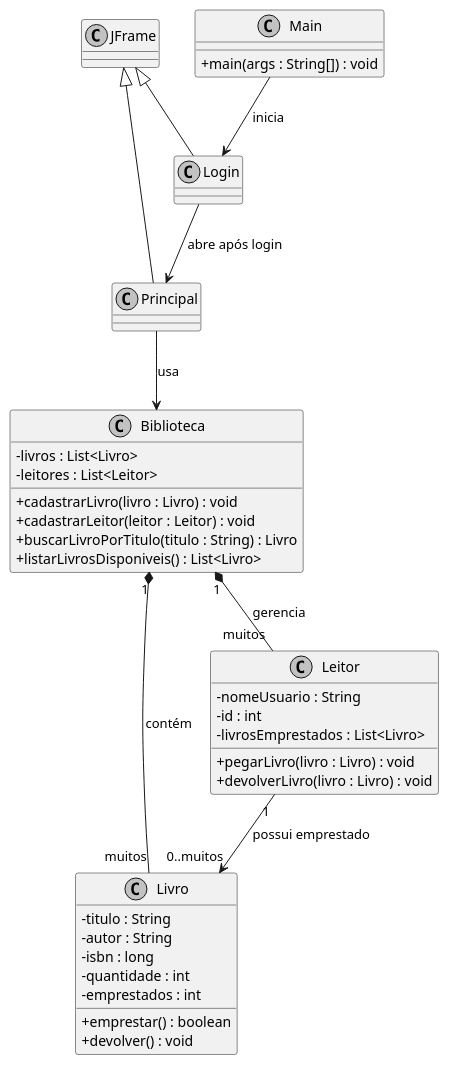
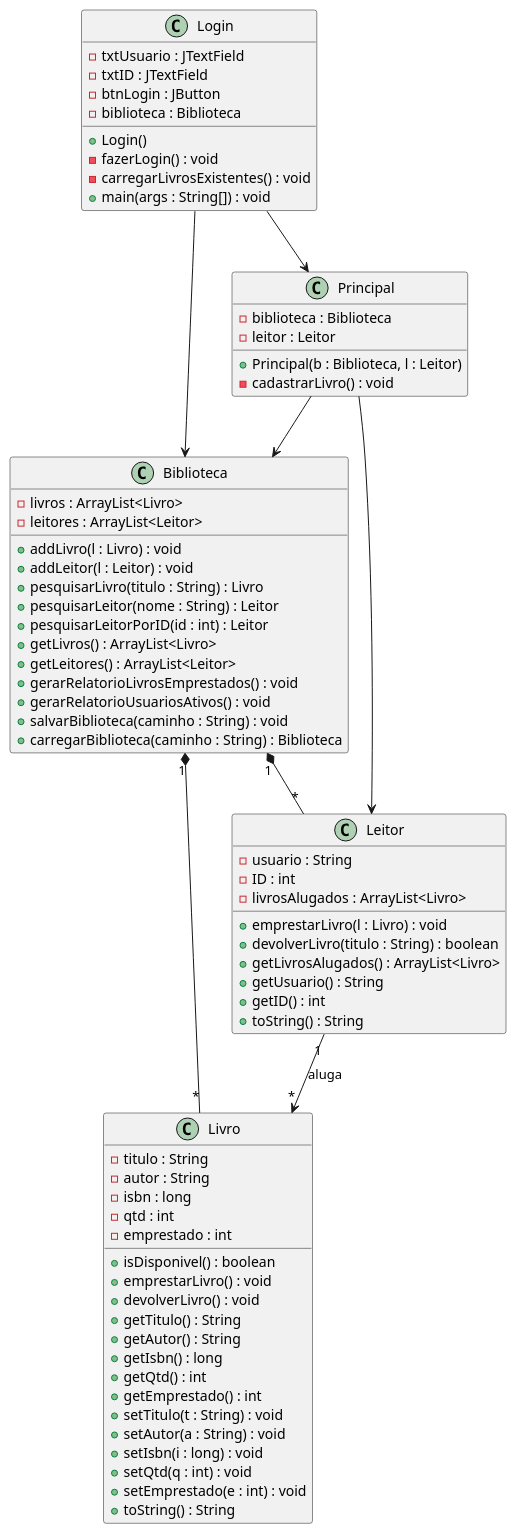
The diagram in src/Diagrama.puml (vugnares-sreo/Biblioteca-digital), drawn with PlantUML before and after one commit.

```diff
--- a/src/Diagrama.puml
+++ b/src/Diagrama.puml
@@ -1,54 +1,89 @@
 @startuml
-skinparam classAttributeIconSize 0
-skinparam monochrome true
-skinparam shadowing false
 
-' Classes
+class Biblioteca {
+    - livros : ArrayList<Livro>
+    - leitores : ArrayList<Leitor>
+
+    + addLivro(l : Livro) : void
+    + addLeitor(l : Leitor) : void
+    + pesquisarLivro(titulo : String) : Livro
+    + pesquisarLeitor(nome : String) : Leitor
+    + pesquisarLeitorPorID(id : int) : Leitor
+    + getLivros() : ArrayList<Livro>
+    + getLeitores() : ArrayList<Leitor>
+    + gerarRelatorioLivrosEmprestados() : void
+    + gerarRelatorioUsuariosAtivos() : void
+    + salvarBiblioteca(caminho : String) : void
+    + carregarBiblioteca(caminho : String) : Biblioteca
+}
+
 class Livro {
-  - titulo : String
-  - autor : String
-  - isbn : long
-  - quantidade : int
-  - emprestados : int
-  + emprestar() : boolean
-  + devolver() : void
+    - titulo : String
+    - autor : String
+    - isbn : long
+    - qtd : int
+    - emprestado : int
+
+    + isDisponivel() : boolean
+    + emprestarLivro() : void
+    + devolverLivro() : void
+    + getTitulo() : String
+    + getAutor() : String
+    + getIsbn() : long
+    + getQtd() : int
+    + getEmprestado() : int
+    + setTitulo(t : String) : void
+    + setAutor(a : String) : void
+    + setIsbn(i : long) : void
+    + setQtd(q : int) : void
+    + setEmprestado(e : int) : void
+    + toString() : String
 }
 
 class Leitor {
-  - nomeUsuario : String
-  - id : int
-  - livrosEmprestados : List<Livro>
-  + pegarLivro(livro : Livro) : void
-  + devolverLivro(livro : Livro) : void
+    - usuario : String
+    - ID : int
+    - livrosAlugados : ArrayList<Livro>
+
+    + emprestarLivro(l : Livro) : void
+    + devolverLivro(titulo : String) : boolean
+    + getLivrosAlugados() : ArrayList<Livro>
+    + getUsuario() : String
+    + getID() : int
+    + toString() : String
 }
 
-class Biblioteca {
-  - livros : List<Livro>
-  - leitores : List<Leitor>
-  + cadastrarLivro(livro : Livro) : void
-  + cadastrarLeitor(leitor : Leitor) : void
-  + buscarLivroPorTitulo(titulo : String) : Livro
-  + listarLivrosDisponiveis() : List<Livro>
+class Login {
+    - txtUsuario : JTextField
+    - txtID : JTextField
+    - btnLogin : JButton
+    - biblioteca : Biblioteca
+
+    + Login()
+    - fazerLogin() : void
+    - carregarLivrosExistentes() : void
+    + main(args : String[]) : void
 }
 
-class Login extends JFrame {
-  ' Tela de login do sistema
+class Principal {
+    - biblioteca : Biblioteca
+    - leitor : Leitor
+
+    + Principal(b : Biblioteca, l : Leitor)
+    - cadastrarLivro() : void
 }
 
-class Principal extends JFrame {
-  ' Tela principal do sistema
-}
+' RELACIONAMENTOS
 
-class Main {
-  + main(args : String[]) : void
-}
+Biblioteca "1" *-- "*" Livro
+Biblioteca "1" *-- "*" Leitor
 
-' Relacionamentos
-Biblioteca "1" *-- "muitos" Livro : contém
-Biblioteca "1" *-- "muitos" Leitor : gerencia
-Leitor "1" --> "0..muitos" Livro : possui emprestado
-Main --> Login : inicia
-Login --> Principal : abre após login
-Principal --> Biblioteca : usa
+Leitor "1" --> "*" Livro : aluga
+
+Login --> Biblioteca
+Principal --> Biblioteca
+Principal --> Leitor
+
+Login --> Principal
 
 @enduml
```
